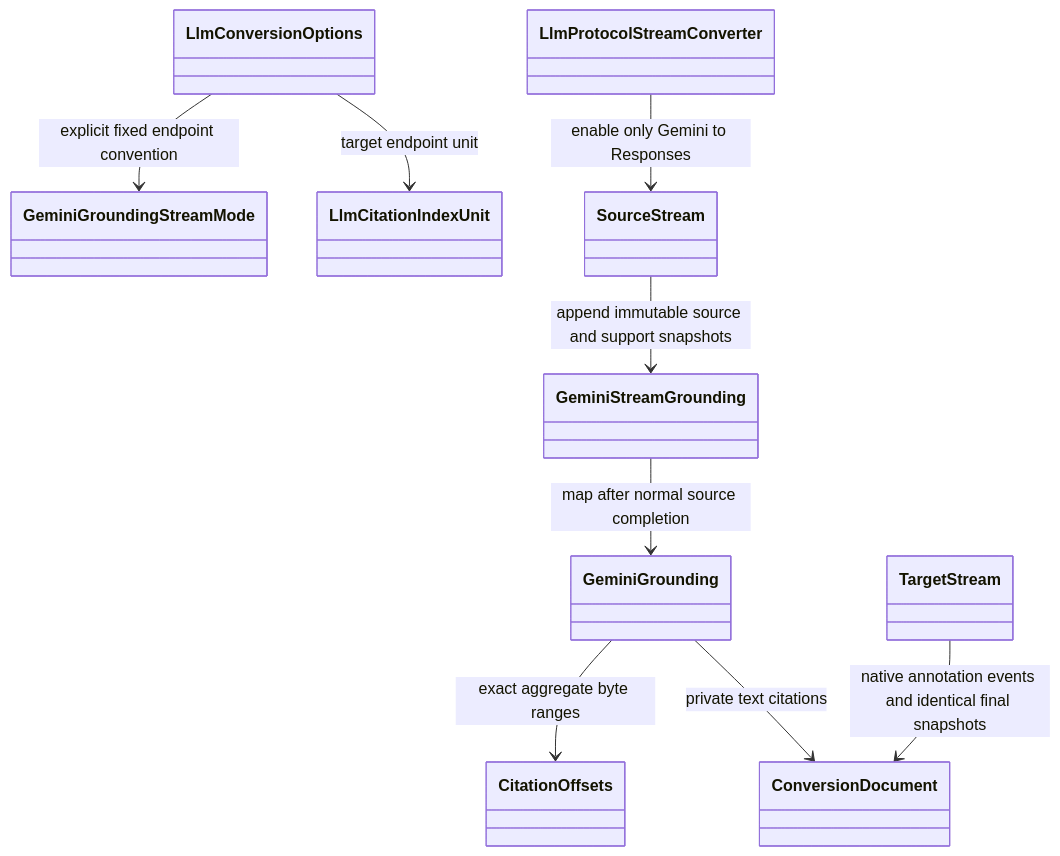
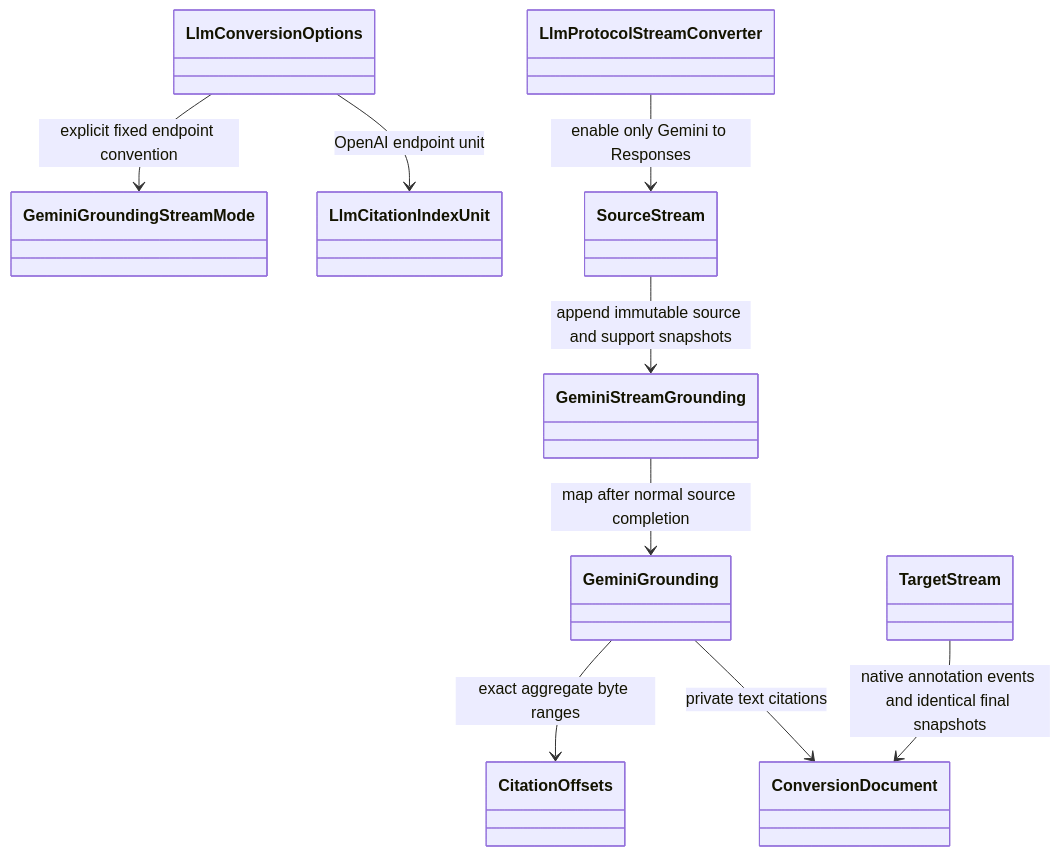
One commit to BenLampson/Asgard.Loki changed diagram 21 of 41 in docs/architecture.md. Above: the diagram before and after it, drawn with Mermaid. The commit also changed other lines of this file and 22 other files, not shown here.

Commit message:
feat(conversion): add explicit Responses to Gemini citation streams

````diff
--- a/docs/architecture.md
+++ b/docs/architecture.md
@@ -638,11 +656,11 @@
 ```mermaid
 classDiagram
 LlmConversionOptions --> GeminiGroundingStreamMode : explicit fixed endpoint convention
-LlmConversionOptions --> LlmCitationIndexUnit : target endpoint unit
+LlmConversionOptions --> LlmCitationIndexUnit : OpenAI endpoint unit
 LlmProtocolStreamConverter --> SourceStream : enable only Gemini to Responses
 SourceStream --> GeminiStreamGrounding : append immutable source and support snapshots
 GeminiStreamGrounding --> GeminiGrounding : map after normal source completion
 GeminiGrounding --> CitationOffsets : exact aggregate byte ranges
 GeminiGrounding --> ConversionDocument : private text citations
 TargetStream --> ConversionDocument : native annotation events and identical final snapshots
 ```
````
